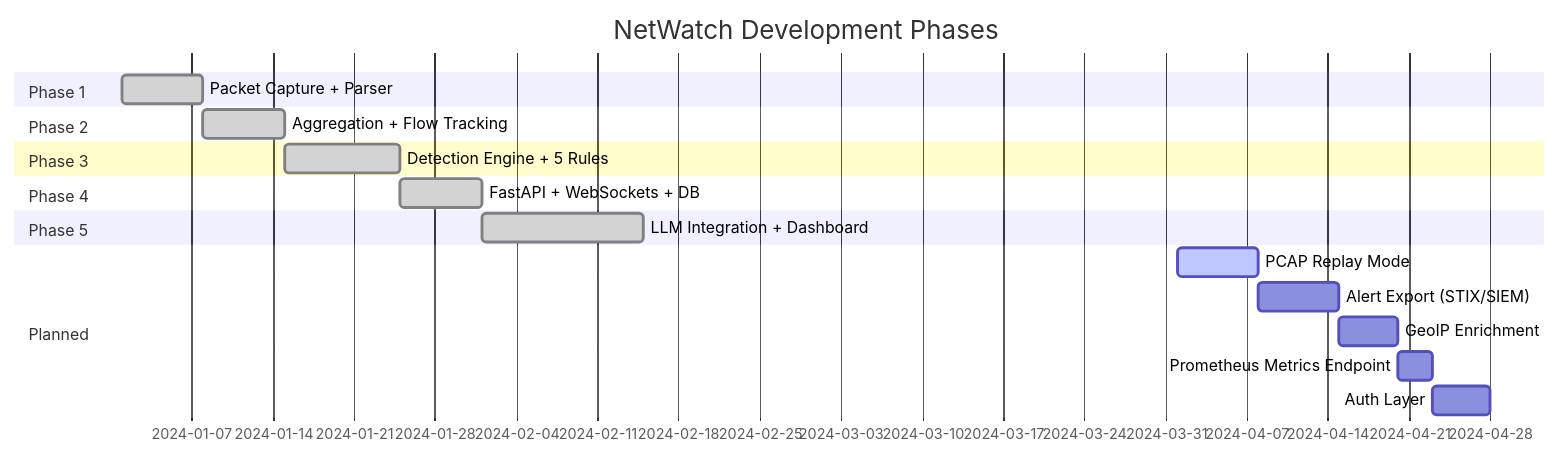
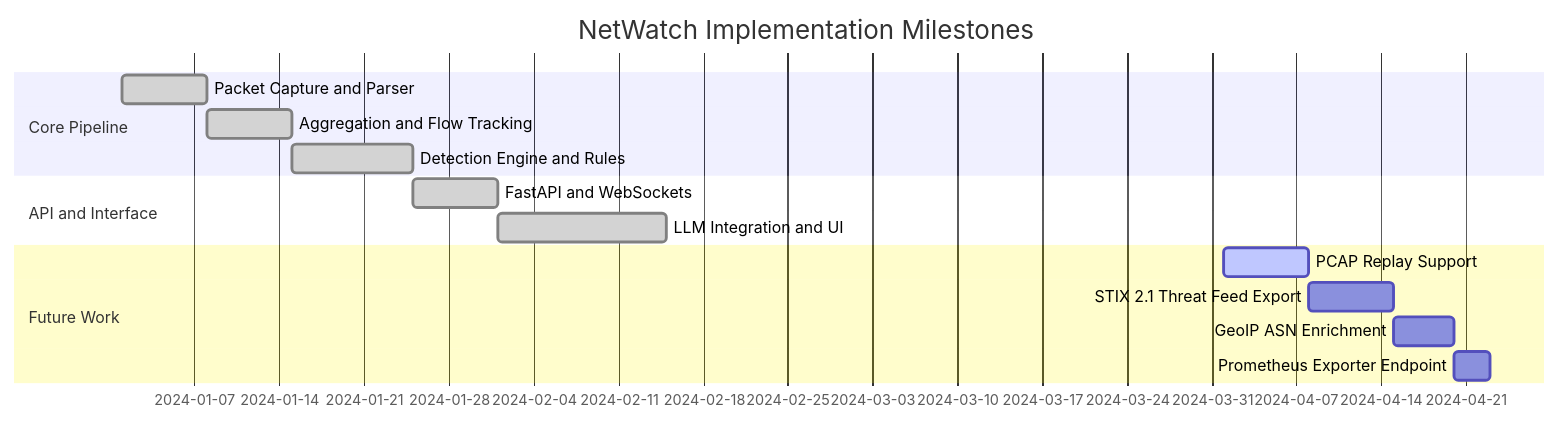
Before and after one commit to prithvi-01x/Netwatch: the ninth of 9 diagrams in README.md, drawn with Mermaid. The commit also changed other lines of this file, not shown here.

````diff
--- a/README.md
+++ b/README.md
@@ -1120,21 +1126,17 @@
 ```mermaid
 gantt
-    title NetWatch Development Phases
-    dateFormat  YYYY-MM-DD
-    section Phase 1
-    Packet Capture + Parser       :done,    p1, 2024-01-01, 7d
-    section Phase 2
-    Aggregation + Flow Tracking   :done,    p2, after p1, 7d
-    section Phase 3
-    Detection Engine + 5 Rules    :done,    p3, after p2, 10d
-    section Phase 4
-    FastAPI + WebSockets + DB     :done,    p4, after p3, 7d
-    section Phase 5
-    LLM Integration + Dashboard   :done,    p5, after p4, 14d
-    section Planned
-    PCAP Replay Mode              :active,  f1, 2024-04-01, 7d
-    Alert Export (STIX/SIEM)      :         f2, after f1, 7d
-    GeoIP Enrichment              :         f3, after f2, 5d
-    Prometheus Metrics Endpoint   :         f4, after f3, 3d
-    Auth Layer                    :         f5, after f4, 5d
+    title NetWatch Implementation Milestones
+    dateFormat YYYY-MM-DD
+    section Core Pipeline
+    Packet Capture and Parser       :done, p1, 2024-01-01, 7d
+    Aggregation and Flow Tracking   :done, p2, after p1, 7d
+    Detection Engine and Rules      :done, p3, after p2, 10d
+    section API and Interface
+    FastAPI and WebSockets          :done, p4, after p3, 7d
+    LLM Integration and UI          :done, p5, after p4, 14d
+    section Future Work
+    PCAP Replay Support             :active, f1, 2024-04-01, 7d
+    STIX 2.1 Threat Feed Export     :f2, after f1, 7d
+    GeoIP ASN Enrichment            :f3, after f2, 5d
+    Prometheus Exporter Endpoint    :f4, after f3, 3d
 ```
````
